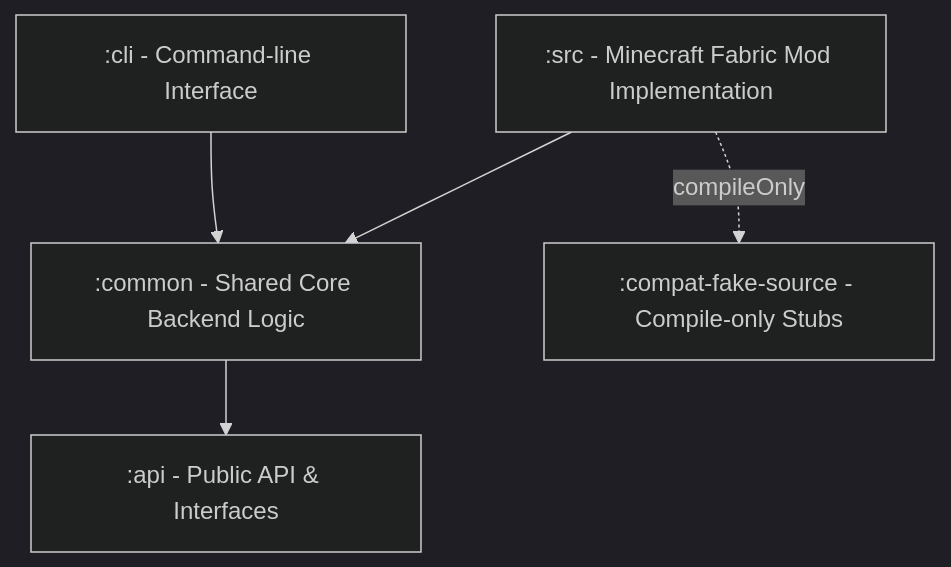
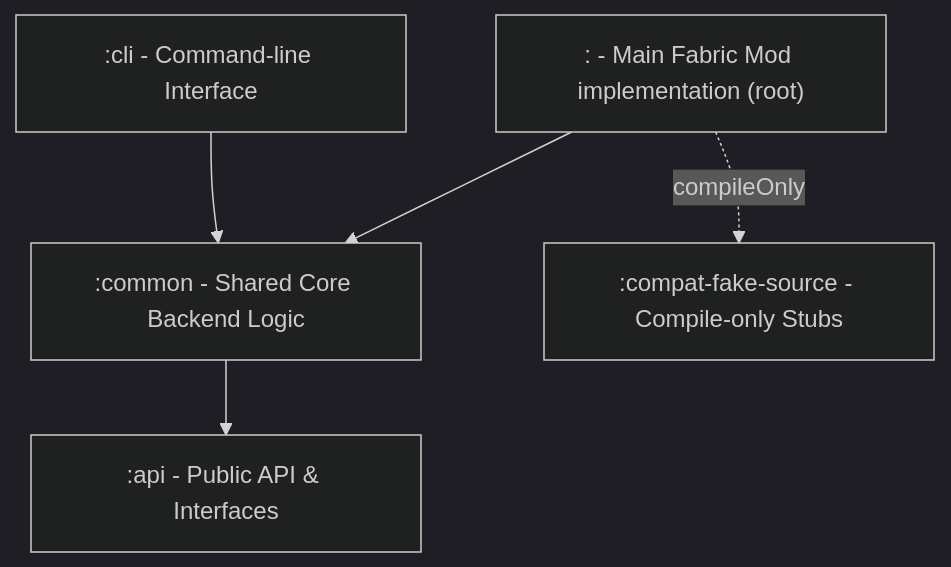
One commit to lnminh1411/x-backup changed the first of 4 diagrams in project_map.md. Above: the diagram before and after it, drawn with Mermaid (dark theme). The commit also changed other lines of this file and 11 other files, not shown here.

````diff
--- a/project_map.md
+++ b/project_map.md
@@ -11,13 +11,13 @@
 ```mermaid
 graph TD
     api[":api - Public API & Interfaces"]
     common[":common - Shared Core Backend Logic"]
     compat[":compat-fake-source - Compile-only Stubs"]
     cli[":cli - Command-line Interface"]
-    mod[":src - Minecraft Fabric Mod Implementation"]
+    mod[": - Main Fabric Mod implementation (root)"]
 
     common --> api
     mod --> common
     mod -.->|compileOnly| compat
     cli --> common
 ```
````
